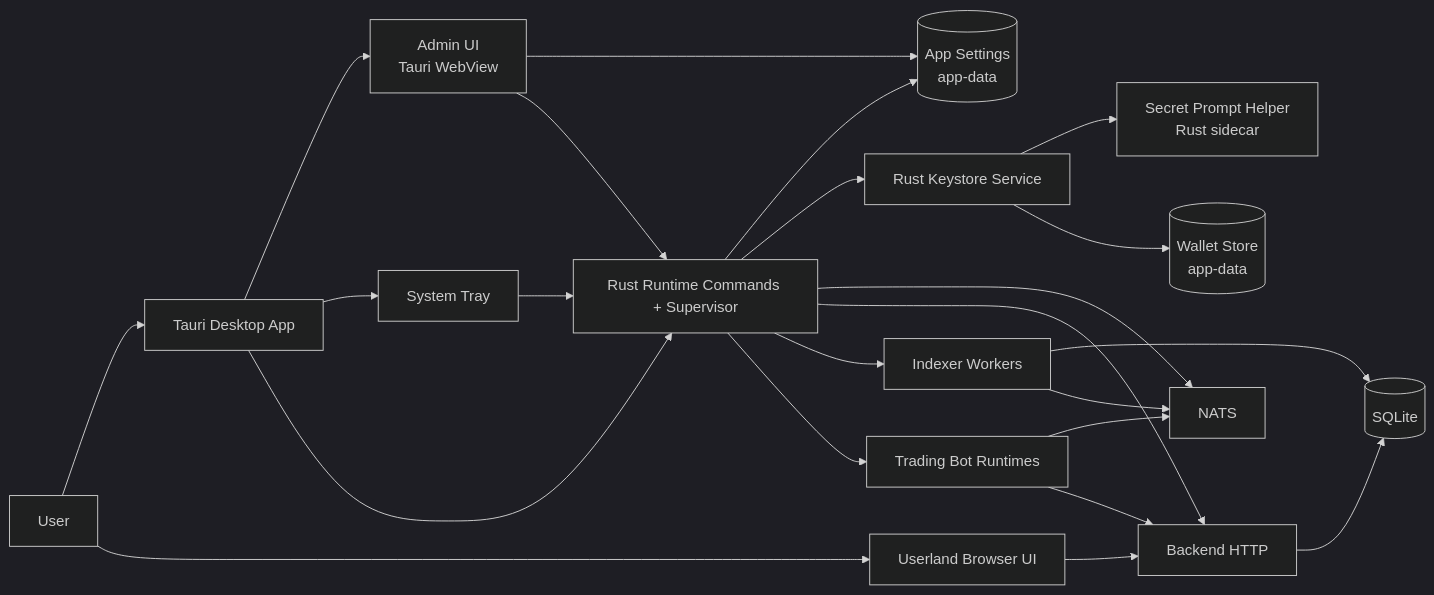
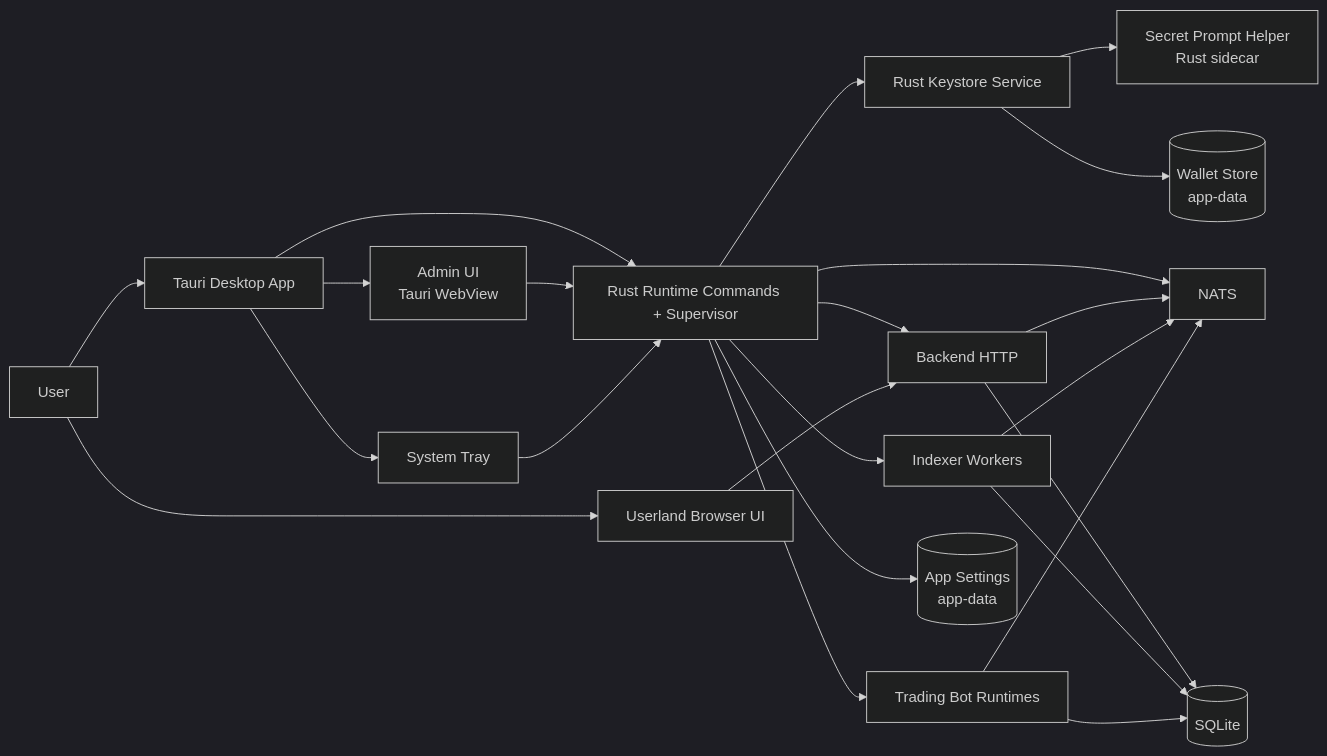
One commit to d347h-eth/artgod changed the diagram in docs/diagrams/00-desktop-components.md. Above: the diagram before and after it, drawn with Mermaid (dark theme). The commit also changed other lines of this file and 17 other files, not shown here.

````diff
--- a/docs/diagrams/00-desktop-components.md
+++ b/docs/diagrams/00-desktop-components.md
@@ -5,45 +5,45 @@
 ```mermaid
 flowchart LR
     U[User]
     TW[Tauri Desktop App]
     AU[Admin UI<br/>Tauri WebView]
     TR[System Tray]
     RT[Rust Runtime Commands + Supervisor]
     KS[Rust Keystore Service]
     SP[Secret Prompt Helper<br/>Rust sidecar]
     NATS[NATS]
     BE[Backend HTTP]
     IDX[Indexer Workers]
     BOT[Trading Bot Runtimes]
     B[Userland Browser UI]
     DB[(SQLite)]
     AS[(App Settings<br/>app-data)]
     WS[(Wallet Store<br/>app-data)]
 
     U --> TW
     TW --> AU
     TW --> TR
     TW --> RT
 
-    AU --> AS
     AU --> RT
     TR --> RT
     RT --> AS
     RT --> KS
     KS --> SP
     KS --> WS
 
     RT --> NATS
     RT --> BE
     RT --> IDX
     RT --> BOT
 
     BE --> DB
+    BE --> NATS
     IDX --> DB
     IDX --> NATS
     BOT --> NATS
-    BOT --> BE
+    BOT --> DB
 
     U --> B
     B --> BE
 ```
````
